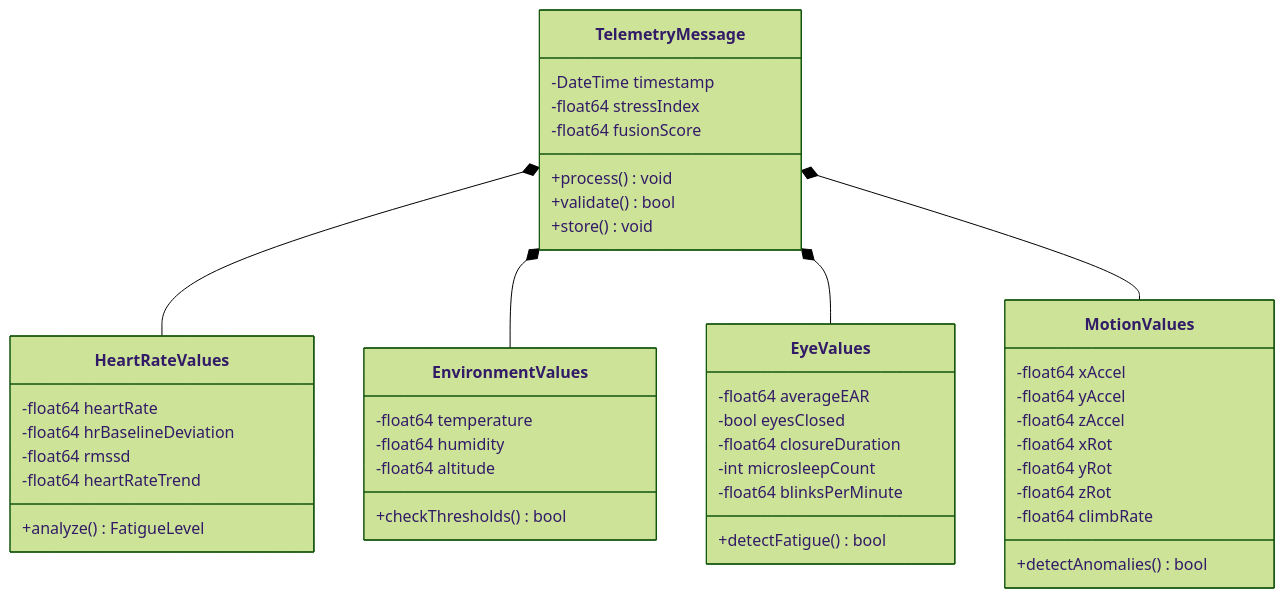
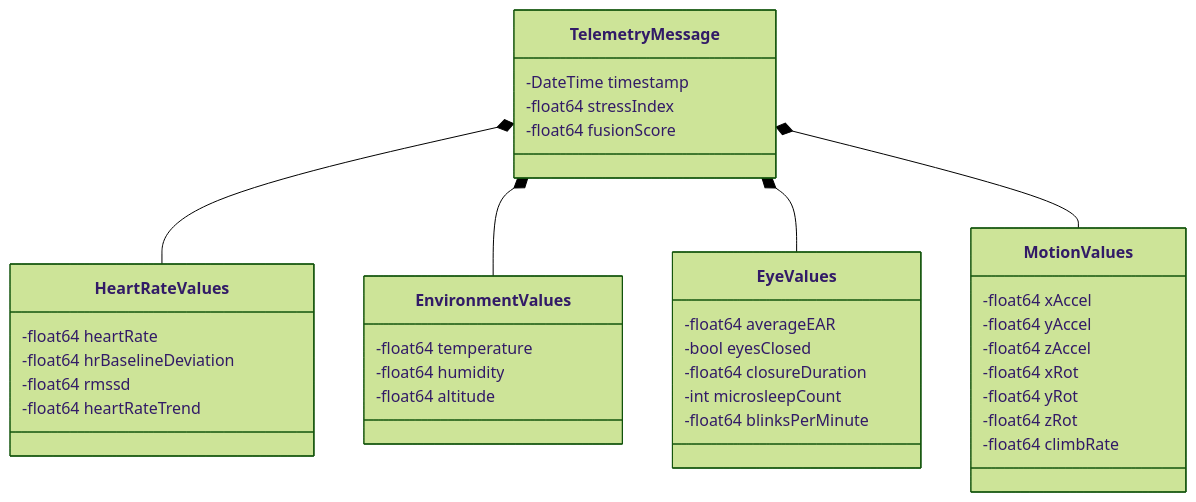
One commit to RoundRobinHood/cogniflight-cloud changed the second of 5 diagrams in docs/Create PTA-Aviation_Project_SEN381_task1.md. Above: the diagram before and after it, drawn with Mermaid (forest theme). The commit also changed other lines of this file, not shown here.

````diff
--- a/docs/Create PTA-Aviation_Project_SEN381_task1.md
+++ b/docs/Create PTA-Aviation_Project_SEN381_task1.md
@@ -170,51 +170,44 @@
 ```mermaid
 classDiagram
     class TelemetryMessage {
         -DateTime timestamp
         -float64 stressIndex
         -float64 fusionScore
-        +process() void
-        +validate() bool
-        +store() void
     }
 
     class HeartRateValues {
         -float64 heartRate
         -float64 hrBaselineDeviation
         -float64 rmssd
         -float64 heartRateTrend
-        +analyze() FatigueLevel
     }
 
     class EnvironmentValues {
         -float64 temperature
         -float64 humidity
         -float64 altitude
-        +checkThresholds() bool
     }
 
     class EyeValues {
         -float64 averageEAR
         -bool eyesClosed
         -float64 closureDuration
         -int microsleepCount
         -float64 blinksPerMinute
-        +detectFatigue() bool
     }
 
     class MotionValues {
         -float64 xAccel
         -float64 yAccel
         -float64 zAccel
         -float64 xRot
         -float64 yRot
         -float64 zRot
         -float64 climbRate
-        +detectAnomalies() bool
     }
 
     TelemetryMessage *-- HeartRateValues
     TelemetryMessage *-- EnvironmentValues
     TelemetryMessage *-- EyeValues
     TelemetryMessage *-- MotionValues
 ```
````
